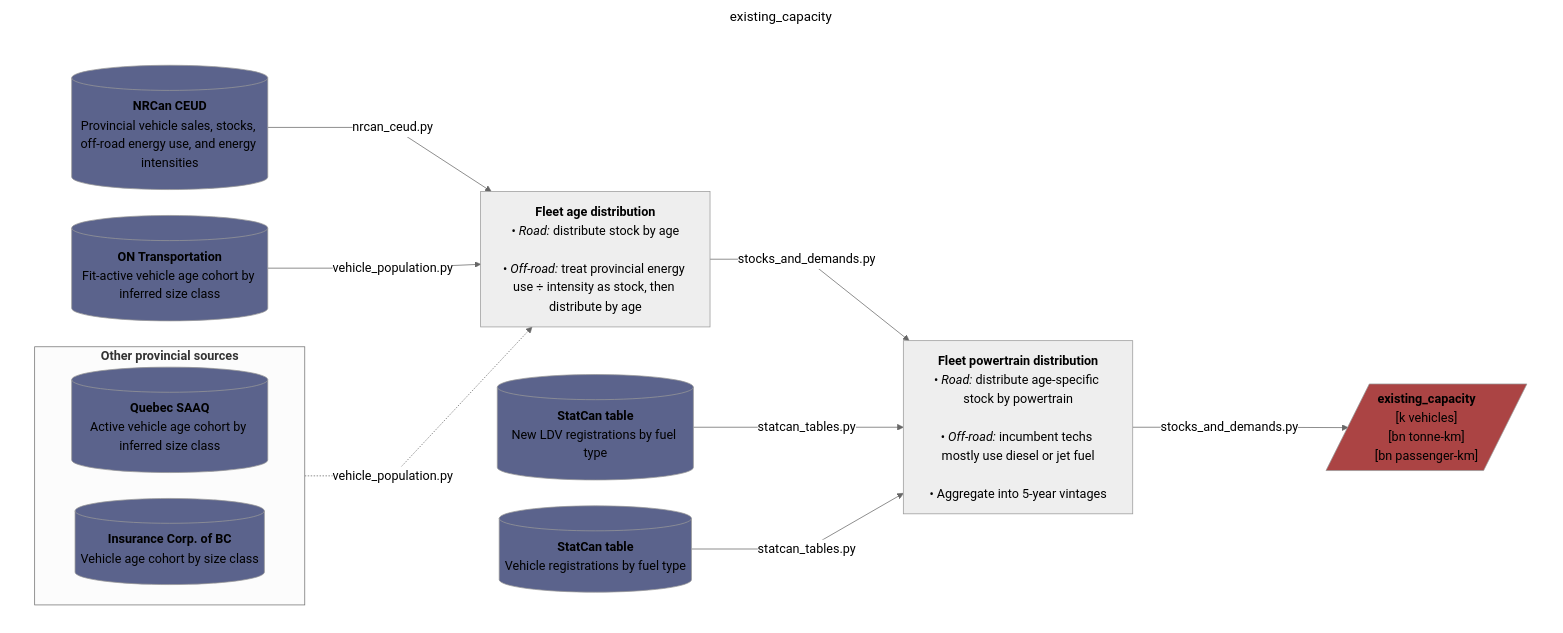
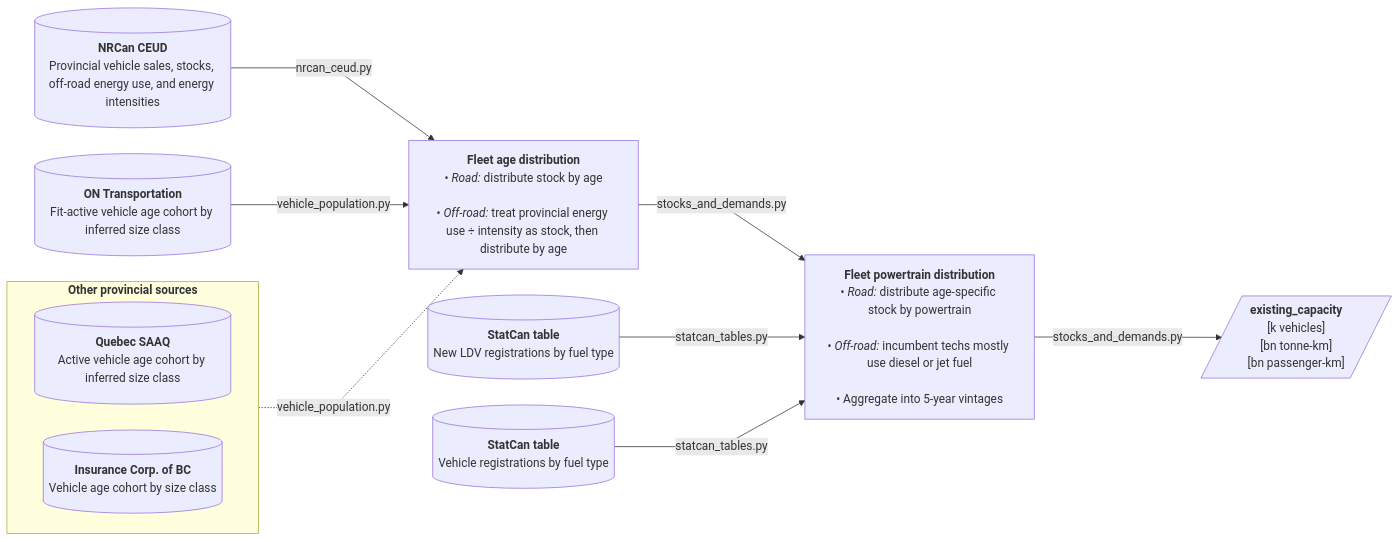
One commit to CANOE-main/canoe-transportation changed the third of 9 diagrams in README.md. Above: the diagram before and after it, drawn with Mermaid. The commit also changed other lines of this file, not shown here.

Commit message:
Finally fixed flowchart color rendering. - removed any custom color rules and left themes by default. This fixes color rendering mismatches.

````diff
--- a/README.md
+++ b/README.md
@@ -204,61 +186,45 @@
 ```mermaid
 ---
-title: existing_capacity
 config:
   layout: dagre
-  theme: neutral
-  themeVariables:
-    fontSize: 17px
   flowchart:
     nodeSpacing: 35
     rankSpacing: 50
     wrappingWidth: 250
     curve: linear
 ---
 flowchart LR
-  subgraph canvas[" "]
-  direction LR
   %% --- Sources ---
   s0[("`**NRCan CEUD**<br>Provincial vehicle sales, stocks, off-road energy use, and energy intensities`")]
   s1[("`**ON Transportation**<br>Fit-active vehicle age cohort by inferred size class`")]
 
   subgraph expansion["`**Other provincial sources**`"]
     direction LR
     s2[("`**Quebec SAAQ**<br>Active vehicle age cohort by inferred size class`")]
     s3[("`**Insurance Corp. of BC**<br>Vehicle age cohort by size class`")]
   end
 
   s4[("`**StatCan table**<br>New LDV registrations by fuel type`")]
   s5[("`**StatCan table**<br>Vehicle registrations by fuel type`")]
 
   %% --- Processes ---
   p1["`**Fleet age distribution<br>**• *Road:* distribute stock by age<br><br>• *Off-road:* treat provincial energy use ÷ intensity as stock, then distribute by age`"]
   s0 -- nrcan_ceud.py --> p1
   s1 -- vehicle_population.py --> p1
   expansion -. "vehicle_population.py" .-> p1
 
   p2["`**Fleet powertrain distribution**<br>• *Road:* distribute age-specific stock by powertrain<br><br>• *Off-road:* incumbent techs mostly use diesel or jet fuel<br><br>• Aggregate into 5-year vintages`"]
   p1 -- stocks_and_demands.py --> p2
   s4 -- statcan_tables.py --> p2
   s5 -- statcan_tables.py --> p2
 
   p2 -- stocks_and_demands.py --> o1[/"`**existing_capacity**<br>[k vehicles]<br>[bn tonne-km]<br>[bn passenger-km]`"/]
-  end
-
-  %% --- Styling ---
-  style canvas fill:#ffffff,stroke:#ffffff
-  classDef database fill:#5b638c
-  classDef doc fill:#608c5b
-  classDef output fill:#ab4444
-
-  class s0,s1,s2,s3,s4,s5 database;
-  class o1 output;
 
   %% --- Hyperlinks ---
   click s5 "https://doi.org/10.25318/2310030801-eng"
   click s4 "https://doi.org/10.25318/2010002501-eng"
   click s3 "https://public.tableau.com/app/profile/icbc/viz/VehiclePopulationIntroPage/VehiclePopulationData"
   click s2 "https://www.donneesquebec.ca/recherche/dataset/vehicules-en-circulation"
   click s1 "https://data.ontario.ca/dataset/vehicle-population-data"
   click s0 "https://oee.nrcan.gc.ca/corporate/statistics/neud/dpa/menus/trends/comprehensive_tables/list.cfm"
 ```
````
